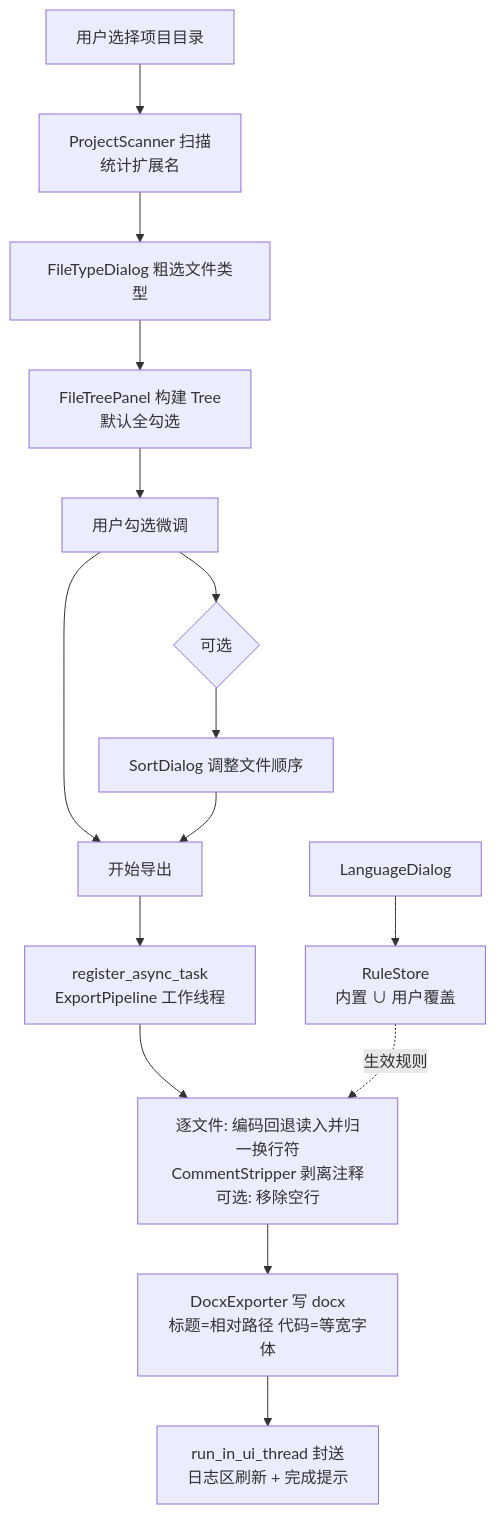
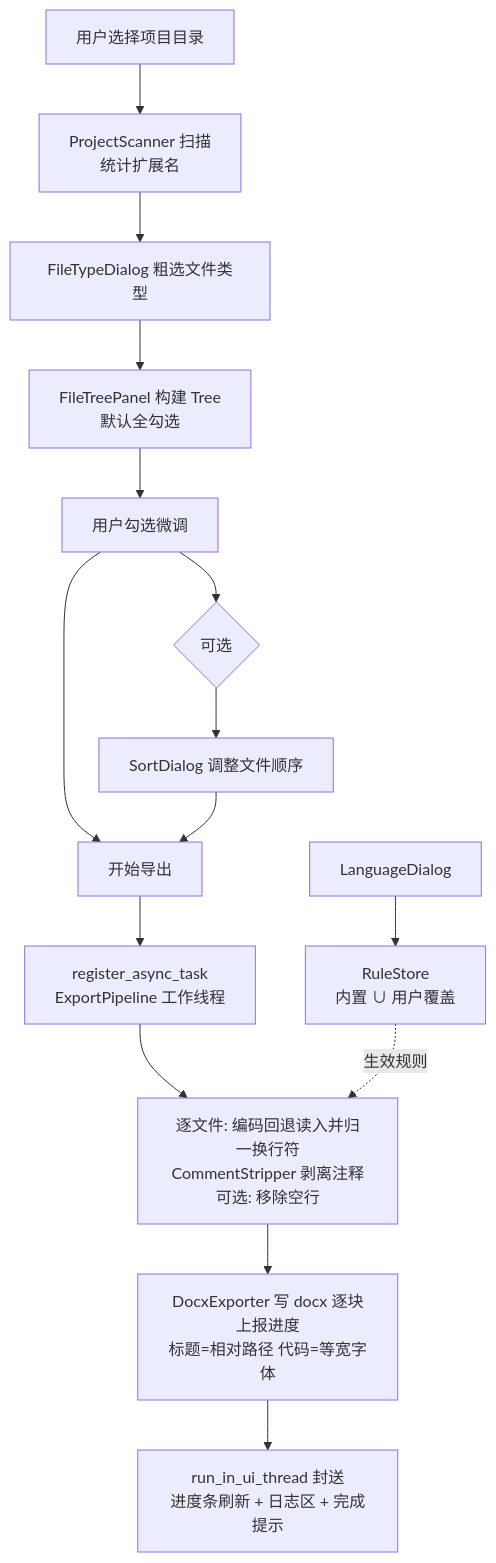
The first of 4 diagrams in pure-code/docs/req/2026-09-07/SPEC-pure-code-20260907.md (Ender-William/PureCode), drawn with Mermaid before and after one commit. The commit also changed other lines of this file and 1 other file, not shown here.

````diff
--- a/pure-code/docs/req/2026-09-07/SPEC-pure-code-20260907.md
+++ b/pure-code/docs/req/2026-09-07/SPEC-pure-code-20260907.md
@@ -91,17 +97,17 @@
 ```mermaid
 flowchart TD
     A[用户选择项目目录] --> B[ProjectScanner 扫描<br/>统计扩展名]
     B --> C[FileTypeDialog 粗选文件类型]
     C --> D[FileTreePanel 构建 Tree<br/>默认全勾选]
     D --> E[用户勾选微调]
     E --> F{可选}
     F --> G[SortDialog 调整文件顺序]
     E --> H[开始导出]
     G --> H
     H --> I[register_async_task<br/>ExportPipeline 工作线程]
     I --> J[逐文件: 编码回退读入并归一换行符<br/>CommentStripper 剥离注释<br/>可选: 移除空行]
-    J --> K[DocxExporter 写 docx<br/>标题=相对路径 代码=等宽字体]
-    K --> L[run_in_ui_thread 封送<br/>日志区刷新 + 完成提示]
+    J --> K[DocxExporter 写 docx 逐块上报进度<br/>标题=相对路径 代码=等宽字体]
+    K --> L[run_in_ui_thread 封送<br/>进度条刷新 + 日志区 + 完成提示]
     M[LanguageDialog] --> N[RuleStore<br/>内置 ∪ 用户覆盖]
     N -.生效规则.-> J
 ```
````
